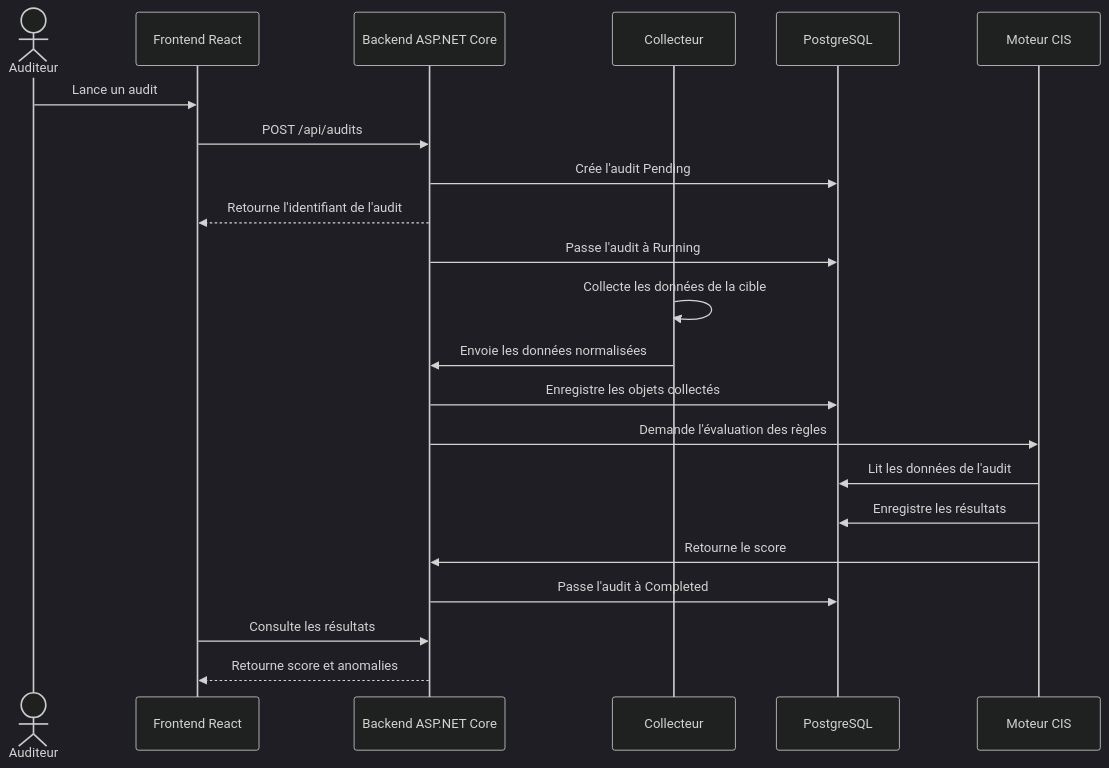
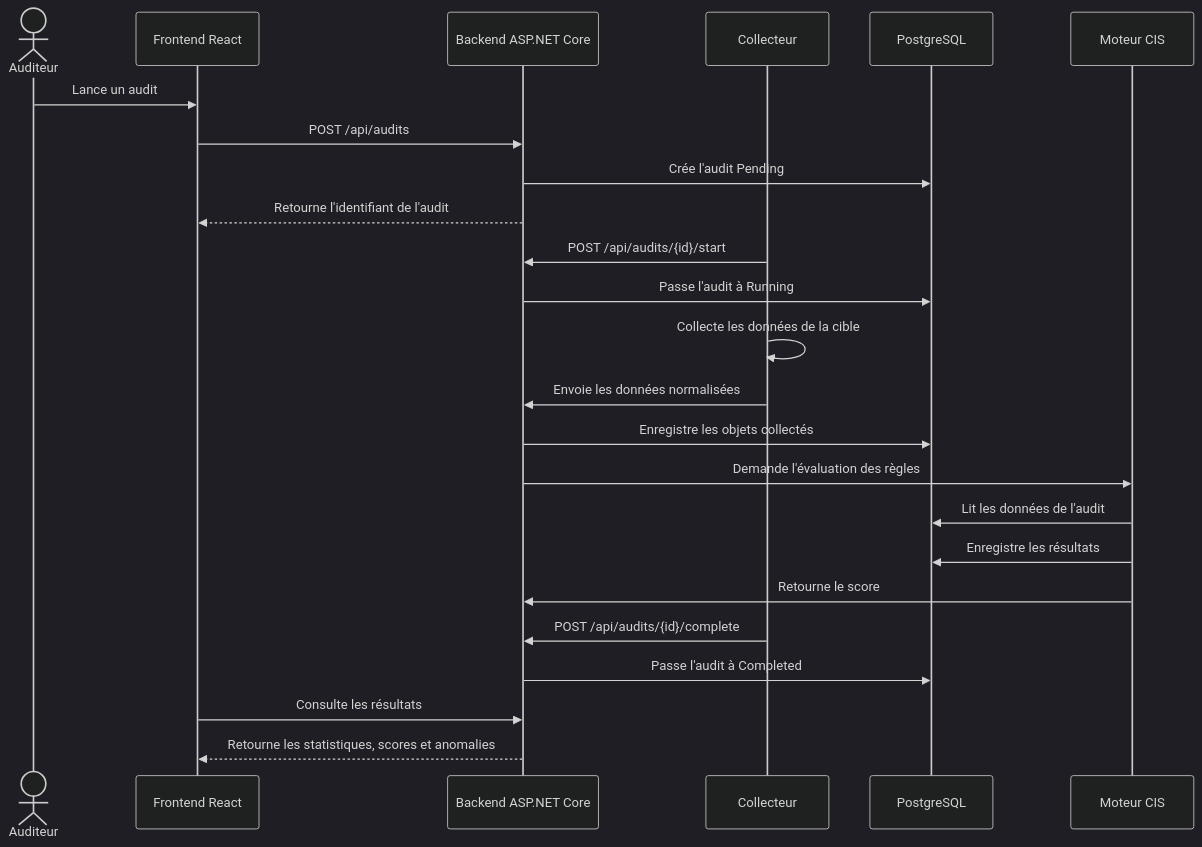
Before and after one commit to crossword12/identity-audit: the second of 3 diagrams in docs/04-architecture-technique.md, drawn with Mermaid (dark theme). The commit also changed other lines of this file, not shown here.

Commit message:
Mise à jour de l'architecture et des optimisations PostgreSQL

````diff
--- a/docs/04-architecture-technique.md
+++ b/docs/04-architecture-technique.md
@@ -223,28 +354,32 @@
 ```mermaid
 sequenceDiagram
     actor Auditeur
     participant UI as Frontend React
     participant API as Backend ASP.NET Core
     participant COL as Collecteur
     participant DB as PostgreSQL
     participant CIS as Moteur CIS
 
     Auditeur->>UI: Lance un audit
     UI->>API: POST /api/audits
     API->>DB: Crée l'audit Pending
     API-->>UI: Retourne l'identifiant de l'audit
 
+    COL->>API: POST /api/audits/{id}/start
     API->>DB: Passe l'audit à Running
+
     COL->>COL: Collecte les données de la cible
     COL->>API: Envoie les données normalisées
     API->>DB: Enregistre les objets collectés
 
     API->>CIS: Demande l'évaluation des règles
     CIS->>DB: Lit les données de l'audit
     CIS->>DB: Enregistre les résultats
     CIS->>API: Retourne le score
 
+    COL->>API: POST /api/audits/{id}/complete
     API->>DB: Passe l'audit à Completed
+
     UI->>API: Consulte les résultats
-    API-->>UI: Retourne score et anomalies
+    API-->>UI: Retourne les statistiques, scores et anomalies
 ```
````
